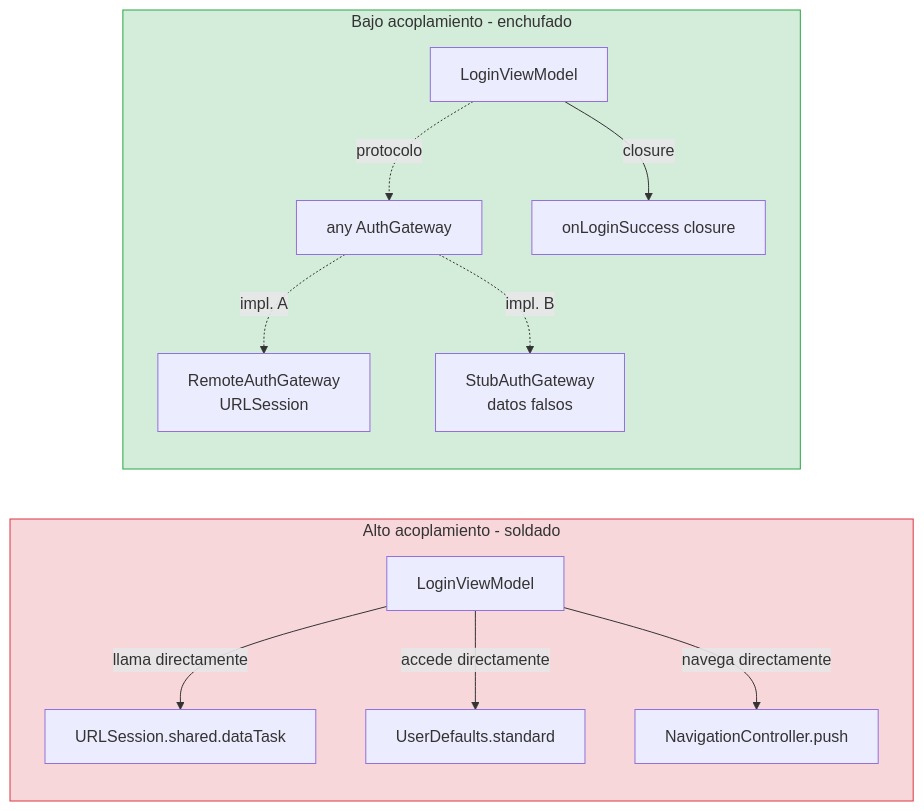
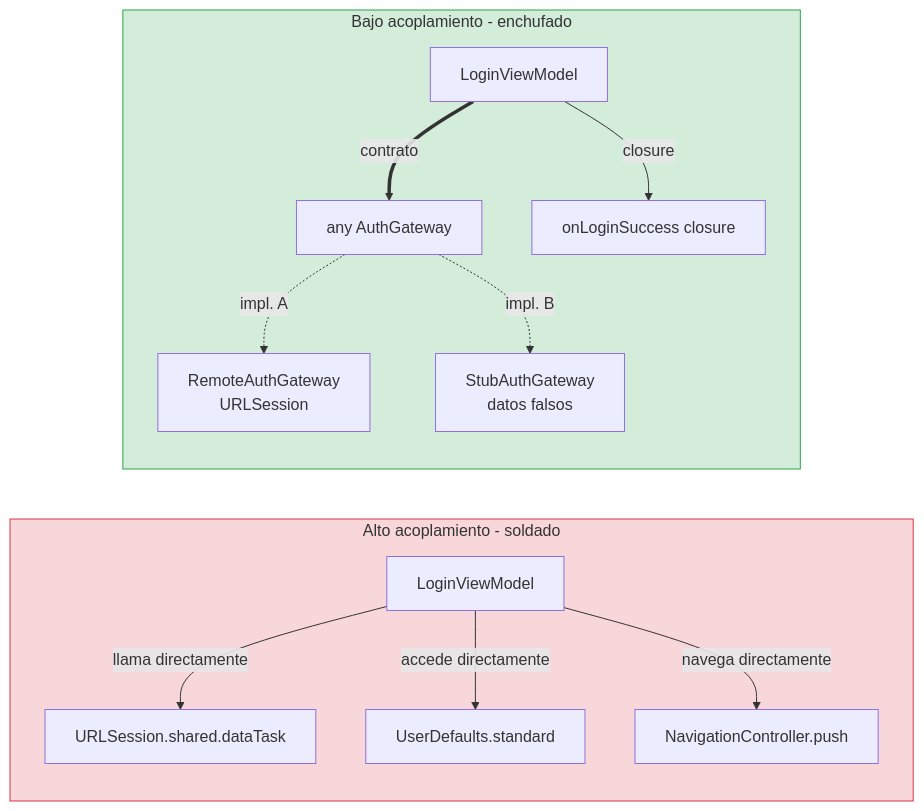
The first of 2 diagrams in 01-fundamentos/01-principios-ingenieria.md (SwiftEnProfundidad/stack-my-architecture-ios), drawn with Mermaid before and after one commit. The commit also changed other lines of this file and 84 other files, not shown here.

````diff
--- a/01-fundamentos/01-principios-ingenieria.md
+++ b/01-fundamentos/01-principios-ingenieria.md
@@ -109,20 +109,20 @@
 ```mermaid
 graph LR
     subgraph Alto["Alto acoplamiento - soldado"]
         direction TB
         VM1["LoginViewModel"] -->|"llama directamente"| URL1["URLSession.shared.dataTask"]
         VM1 -->|"accede directamente"| UD1["UserDefaults.standard"]
         VM1 -->|"navega directamente"| NAV1["NavigationController.push"]
     end
 
     subgraph Bajo["Bajo acoplamiento - enchufado"]
         direction TB
-        VM2["LoginViewModel"] -.->|"protocolo"| AUTH["any AuthGateway"]
+        VM2["LoginViewModel"] ==>|"contrato"| AUTH["any AuthGateway"]
         VM2 -->|"closure"| ONLOGIN["onLoginSuccess closure"]
         AUTH -.->|"impl. A"| REMOTE["RemoteAuthGateway<br/>URLSession"]
         AUTH -.->|"impl. B"| STUB["StubAuthGateway<br/>datos falsos"]
     end
 
     style Alto fill:#f8d7da,stroke:#dc3545
     style Bajo fill:#d4edda,stroke:#28a745
 ```
````
